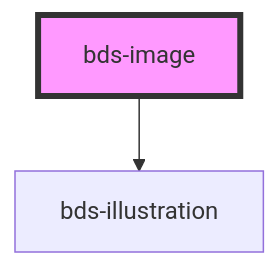
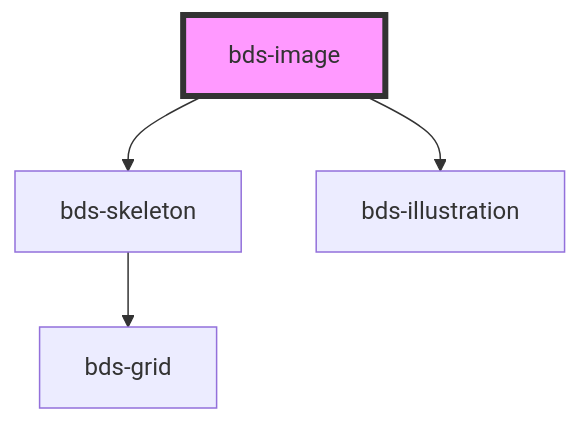
One commit to takenet/blip-ds changed the diagram in src/components/image/readme.md. Above: the diagram before and after it, drawn with Mermaid. The commit also changed other lines of this file and 4 other files, not shown here.

````diff
--- a/src/components/image/readme.md
+++ b/src/components/image/readme.md
@@ -40,5 +41,7 @@
 ```mermaid
 graph TD;
+  bds-image --> bds-skeleton
   bds-image --> bds-illustration
+  bds-skeleton --> bds-grid
   style bds-image fill:#f9f,stroke:#333,stroke-width:4px
 ```
````
